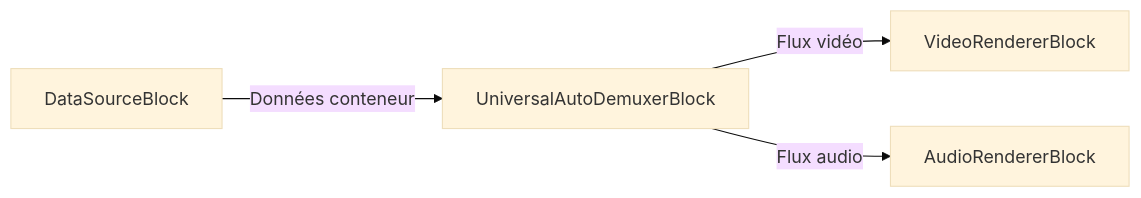
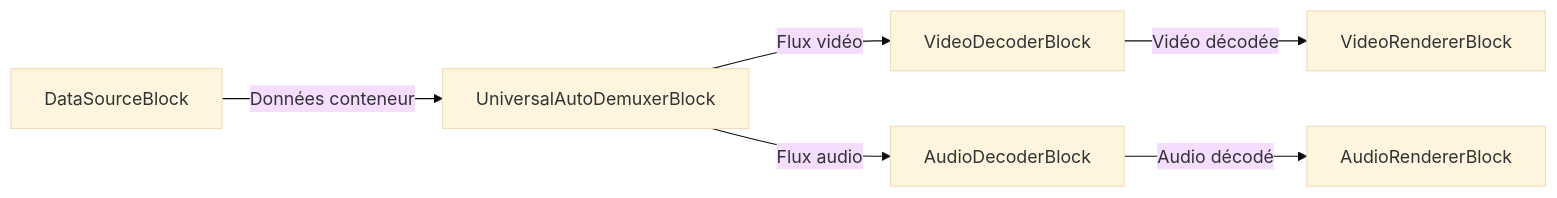
One commit to visioforge/help changed the fourth of 4 diagrams in dotnet/mediablocks/Demuxers/index.fr.md. Above: the diagram before and after it, drawn with Mermaid (base theme). The commit also changed other lines of this file and 194 other files, not shown here.

````diff
--- a/dotnet/mediablocks/Demuxers/index.fr.md
+++ b/dotnet/mediablocks/Demuxers/index.fr.md
@@ -384,6 +410,8 @@
 ```mermaid
 graph LR;
     DataSourceBlock -- Données conteneur --> UniversalAutoDemuxerBlock;
-    UniversalAutoDemuxerBlock -- Flux vidéo --> VideoRendererBlock;
-    UniversalAutoDemuxerBlock -- Flux audio --> AudioRendererBlock;
+    UniversalAutoDemuxerBlock -- Flux vidéo --> VideoDecoderBlock;
+    VideoDecoderBlock -- Vidéo décodée --> VideoRendererBlock;
+    UniversalAutoDemuxerBlock -- Flux audio --> AudioDecoderBlock;
+    AudioDecoderBlock -- Audio décodé --> AudioRendererBlock;
 ```
````
